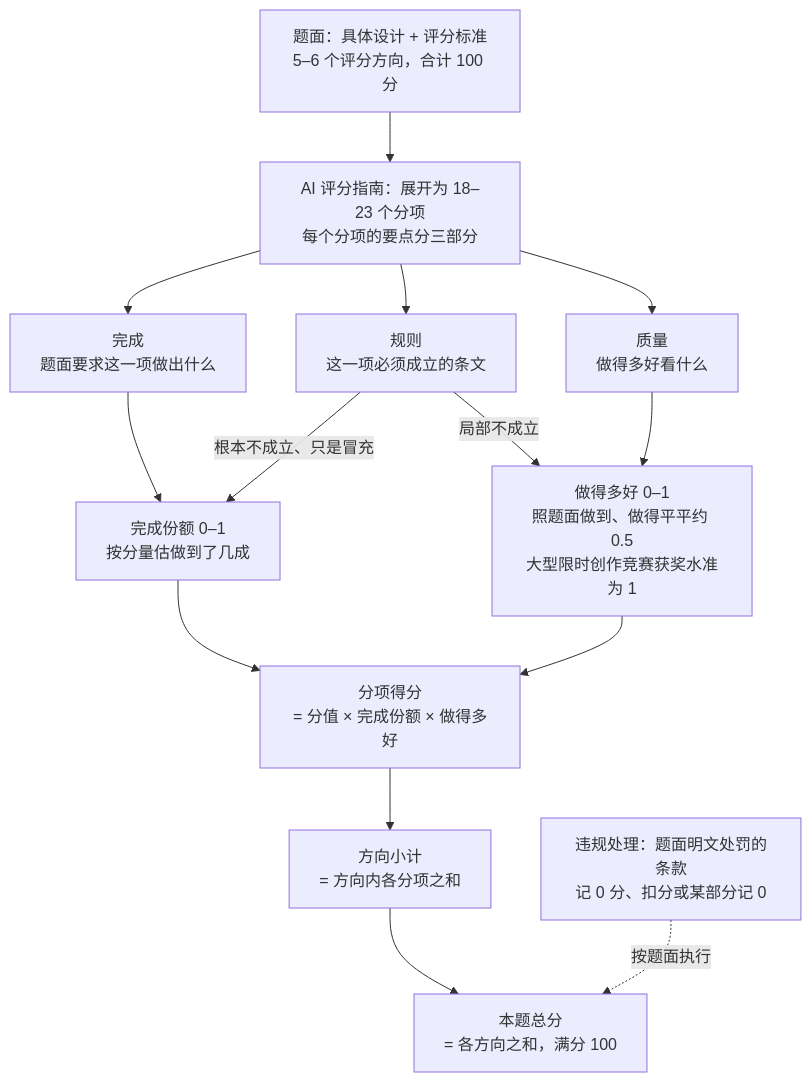
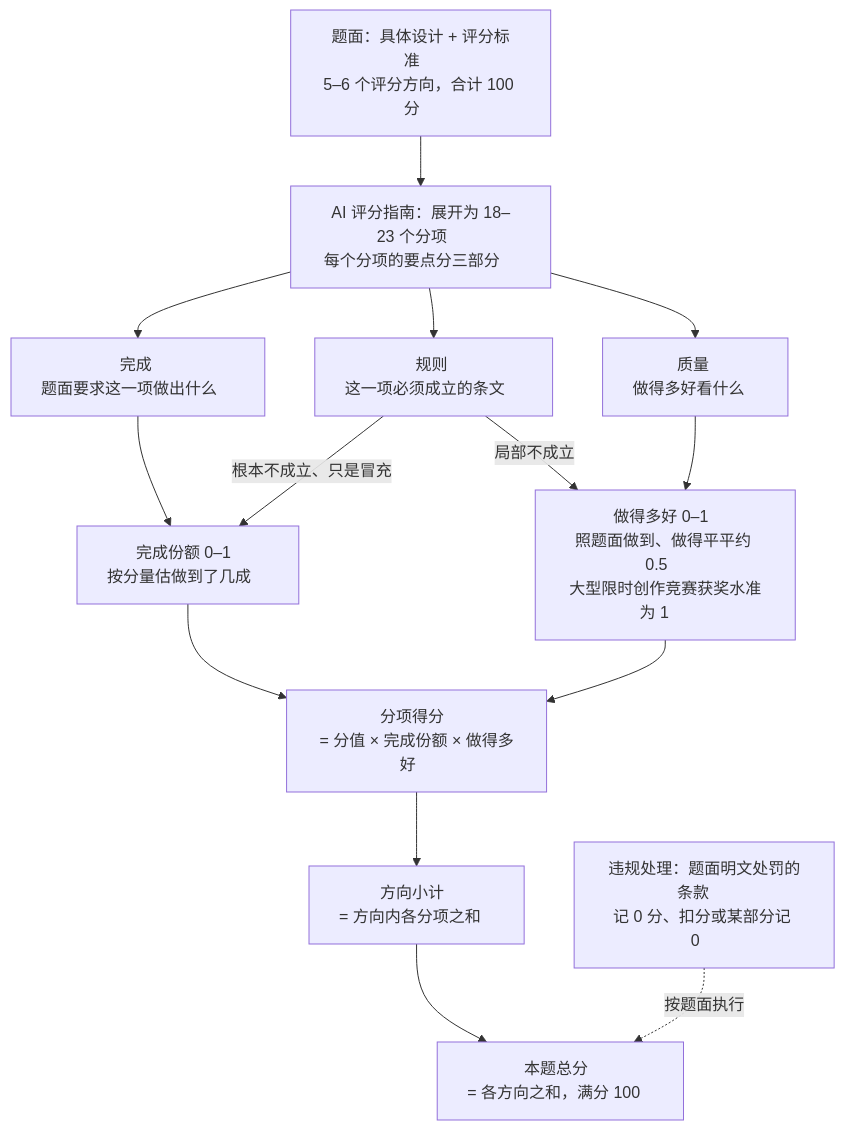
One commit to Wendystar0628/AI-High-Pressure-Challenge changed the third of 3 diagrams in README.md. Above: the diagram before and after it, drawn with Mermaid. The commit also changed other lines of this file, not shown here.

Commit message:
README 的 Mermaid 节点加留白，避免 GitHub 渲染时截断中文

````diff
--- a/README.md
+++ b/README.md
@@ -576,20 +576,20 @@
 ```mermaid
 flowchart TD
-    A["题面：具体设计 + 评分标准<br/>5–6 个评分方向，合计 100 分"] --> B["AI 评分指南：展开为 18–23 个分项<br/>每个分项的要点分三部分"]
+    A["题面：具体设计 + 评分标准#160;#160;#160;#160;<br/>5–6 个评分方向，合计 100 分#160;#160;#160;#160;"] --> B["AI 评分指南：展开为 18–23 个分项#160;#160;#160;#160;<br/>每个分项的要点分三部分#160;#160;#160;#160;"]
 
-    B --> C1["完成<br/>题面要求这一项做出什么"]
-    B --> C2["规则<br/>这一项必须成立的条文"]
-    B --> C3["质量<br/>做得多好看什么"]
+    B --> C1["完成#160;<br/>题面要求这一项做出什么#160;#160;#160;#160;"]
+    B --> C2["规则#160;<br/>这一项必须成立的条文#160;#160;#160;#160;"]
+    B --> C3["质量#160;<br/>做得多好看什么#160;#160;#160;"]
 
-    C1 --> K1["完成份额 0–1<br/>按分量估做到了几成"]
+    C1 --> K1["完成份额 0–1#160;#160;<br/>按分量估做到了几成#160;#160;#160;#160;"]
     C2 -->|"根本不成立、只是冒充"| K1
     C2 -->|"局部不成立"| K2
-    C3 --> K2["做得多好 0–1<br/>照题面做到、做得平平约 0.5<br/>大型限时创作竞赛获奖水准为 1"]
+    C3 --> K2["做得多好 0–1#160;#160;<br/>照题面做到、做得平平约 0.5#160;#160;#160;#160;<br/>大型限时创作竞赛获奖水准为 1#160;#160;#160;#160;#160;"]
 
-    K1 --> F["分项得分<br/>= 分值 × 完成份额 × 做得多好"]
+    K1 --> F["分项得分#160;#160;<br/>= 分值 × 完成份额 × 做得多好#160;#160;#160;#160;"]
     K2 --> F
-    F --> D["方向小计<br/>= 方向内各分项之和"]
-    D --> T["本题总分<br/>= 各方向之和，满分 100"]
+    F --> D["方向小计#160;#160;<br/>= 方向内各分项之和#160;#160;#160;"]
+    D --> T["本题总分#160;#160;<br/>= 各方向之和，满分 100#160;#160;#160;"]
 
-    V["违规处理：题面明文处罚的条款<br/>记 0 分、扣分或某部分记 0"] -.->|"按题面执行"| T
+    V["违规处理：题面明文处罚的条款#160;#160;#160;#160;#160;<br/>记 0 分、扣分或某部分记 0#160;#160;#160;#160;"] -.->|"按题面执行"| T
 ```
````
